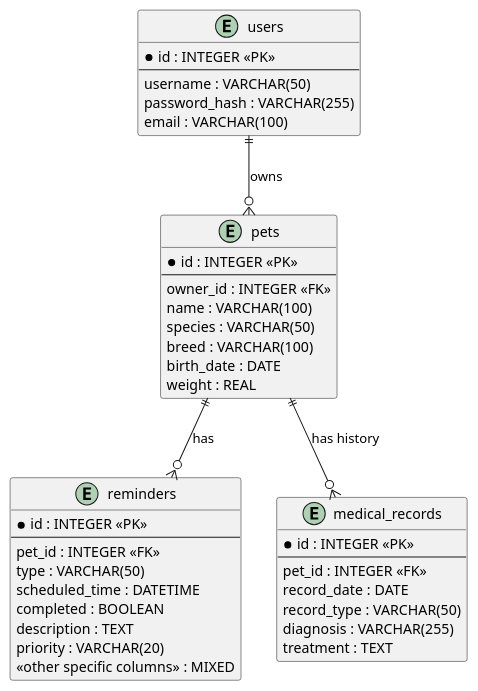
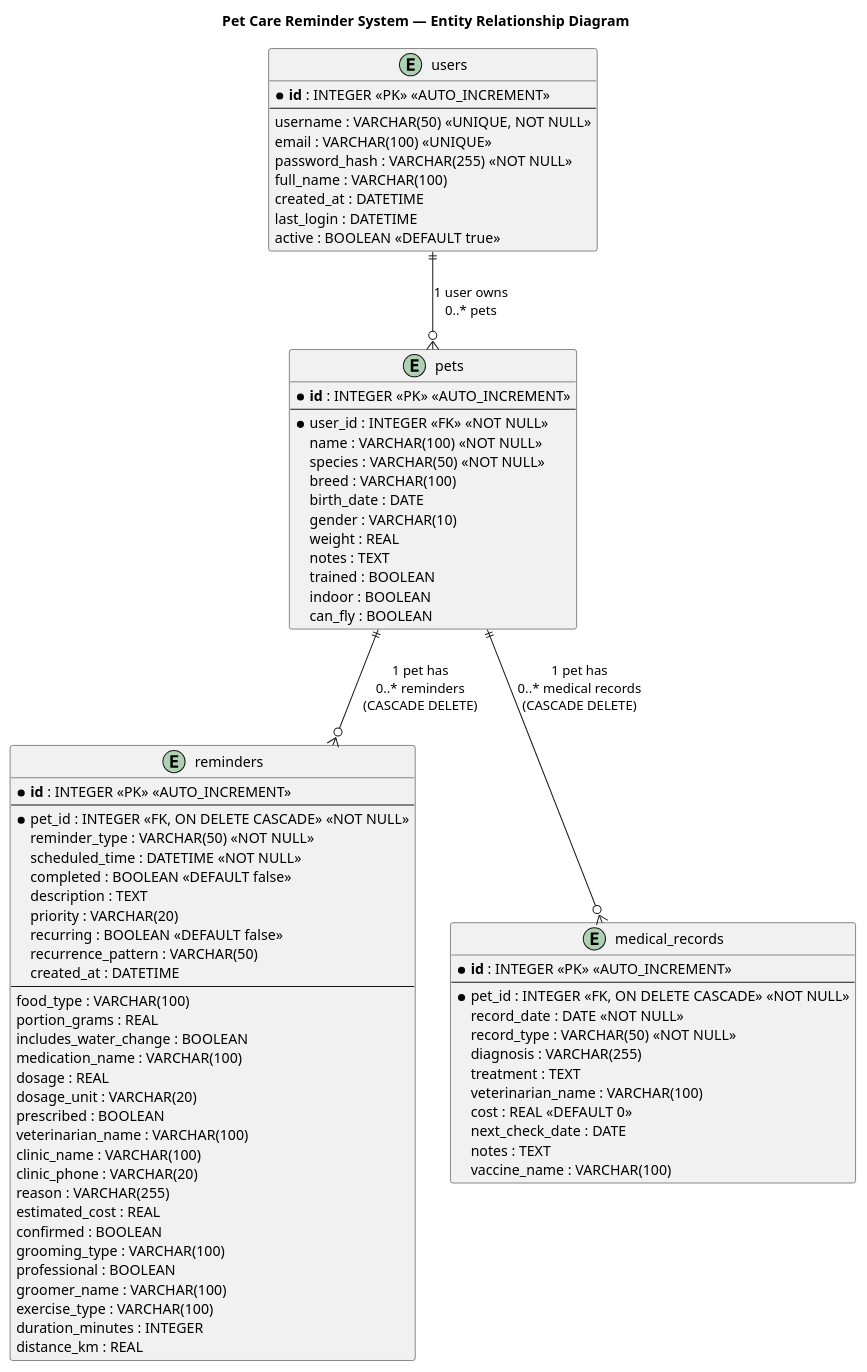
Before and after one commit to SecureCypher/cen-206-38-mehdi-karagulle-java: the diagram in design/plantuml/er.puml, drawn with PlantUML. The commit also changed 54 other files, not shown here.

Commit message:
docs(design): sync comprehensive UML diagrams and Figma mockups

```diff
--- a/design/plantuml/er.puml
+++ b/design/plantuml/er.puml
@@ -1,48 +1,88 @@
 @startuml PetReminderERDiagram
+title Pet Care Reminder System — Entity Relationship Diagram
 
-entity "users" {
-  * id : INTEGER <<PK>>
+skinparam entityFontSize 11
+
+entity "users" as users {
+  * **id** : INTEGER <<PK>> <<AUTO_INCREMENT>>
   --
-  username : VARCHAR(50)
-  password_hash : VARCHAR(255)
-  email : VARCHAR(100)
+  username : VARCHAR(50) <<UNIQUE, NOT NULL>>
+  email : VARCHAR(100) <<UNIQUE>>
+  password_hash : VARCHAR(255) <<NOT NULL>>
+  full_name : VARCHAR(100)
+  created_at : DATETIME
+  last_login : DATETIME
+  active : BOOLEAN <<DEFAULT true>>
 }
 
-entity "pets" {
-  * id : INTEGER <<PK>>
+entity "pets" as pets {
+  * **id** : INTEGER <<PK>> <<AUTO_INCREMENT>>
   --
-  owner_id : INTEGER <<FK>>
-  name : VARCHAR(100)
-  species : VARCHAR(50)
+  * user_id : INTEGER <<FK>> <<NOT NULL>>
+  name : VARCHAR(100) <<NOT NULL>>
+  species : VARCHAR(50) <<NOT NULL>>
   breed : VARCHAR(100)
   birth_date : DATE
+  gender : VARCHAR(10)
   weight : REAL
+  notes : TEXT
+  trained : BOOLEAN
+  indoor : BOOLEAN
+  can_fly : BOOLEAN
 }
 
-entity "reminders" {
-  * id : INTEGER <<PK>>
+entity "reminders" as reminders {
+  * **id** : INTEGER <<PK>> <<AUTO_INCREMENT>>
   --
-  pet_id : INTEGER <<FK>>
-  type : VARCHAR(50)
-  scheduled_time : DATETIME
-  completed : BOOLEAN
+  * pet_id : INTEGER <<FK, ON DELETE CASCADE>> <<NOT NULL>>
+  reminder_type : VARCHAR(50) <<NOT NULL>>
+  scheduled_time : DATETIME <<NOT NULL>>
+  completed : BOOLEAN <<DEFAULT false>>
   description : TEXT
   priority : VARCHAR(20)
-  <<other specific columns>> : MIXED
+  recurring : BOOLEAN <<DEFAULT false>>
+  recurrence_pattern : VARCHAR(50)
+  created_at : DATETIME
+  --
+  food_type : VARCHAR(100)
+  portion_grams : REAL
+  includes_water_change : BOOLEAN
+  medication_name : VARCHAR(100)
+  dosage : REAL
+  dosage_unit : VARCHAR(20)
+  prescribed : BOOLEAN
+  veterinarian_name : VARCHAR(100)
+  clinic_name : VARCHAR(100)
+  clinic_phone : VARCHAR(20)
+  reason : VARCHAR(255)
+  estimated_cost : REAL
+  confirmed : BOOLEAN
+  grooming_type : VARCHAR(100)
+  professional : BOOLEAN
+  groomer_name : VARCHAR(100)
+  exercise_type : VARCHAR(100)
+  duration_minutes : INTEGER
+  distance_km : REAL
 }
 
-entity "medical_records" {
-  * id : INTEGER <<PK>>
+entity "medical_records" as medical_records {
+  * **id** : INTEGER <<PK>> <<AUTO_INCREMENT>>
   --
-  pet_id : INTEGER <<FK>>
-  record_date : DATE
-  record_type : VARCHAR(50)
+  * pet_id : INTEGER <<FK, ON DELETE CASCADE>> <<NOT NULL>>
+  record_date : DATE <<NOT NULL>>
+  record_type : VARCHAR(50) <<NOT NULL>>
   diagnosis : VARCHAR(255)
   treatment : TEXT
+  veterinarian_name : VARCHAR(100)
+  cost : REAL <<DEFAULT 0>>
+  next_check_date : DATE
+  notes : TEXT
+  vaccine_name : VARCHAR(100)
 }
 
-users ||--o{ pets : "owns"
-pets ||--o{ reminders : "has"
-pets ||--o{ medical_records : "has history"
+' ── Relationships (Crow's Foot Notation) ──
+users ||--o{ pets : "1 user owns\n0..* pets"
+pets ||--o{ reminders : "1 pet has\n0..* reminders\n(CASCADE DELETE)"
+pets ||--o{ medical_records : "1 pet has\n0..* medical records\n(CASCADE DELETE)"
 
 @enduml
```
